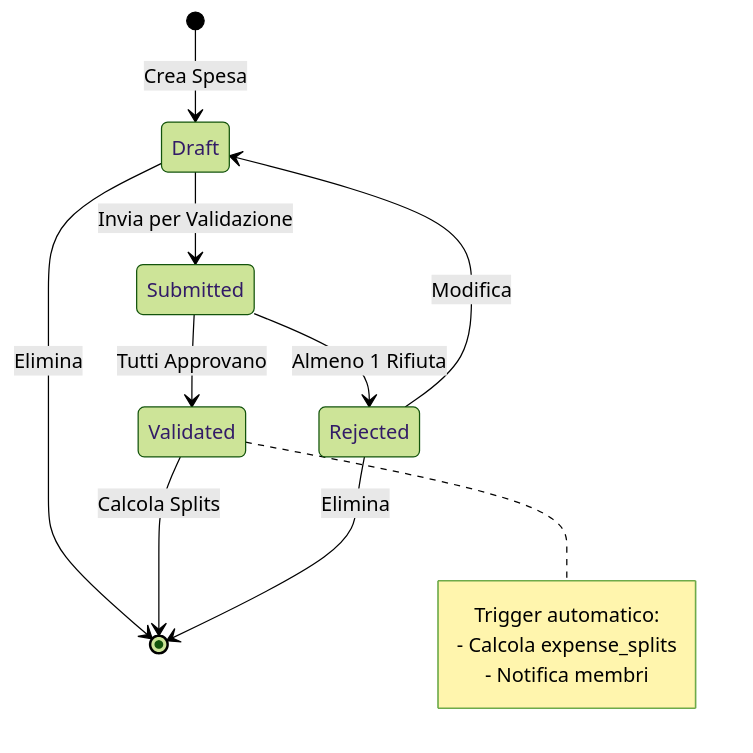
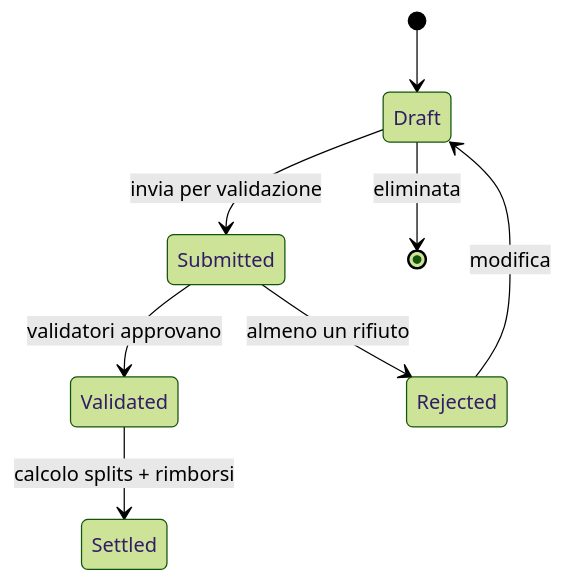
One commit to 20031781/Shared-Expense-Management-App changed the third of 4 diagrams in docs/ARCHITECTURE.md. Above: the diagram before and after it, drawn with Mermaid (forest theme). The commit also changed other lines of this file and 6 other files, not shown here.

````diff
--- a/docs/ARCHITECTURE.md
+++ b/docs/ARCHITECTURE.md
@@ -74,17 +63,10 @@
 ```mermaid
 stateDiagram-v2
-    [*] --> Draft: Crea Spesa
-    Draft --> Submitted: Invia per Validazione
-    Draft --> [*]: Elimina
-    Submitted --> Validated: Tutti Approvano
-    Submitted --> Rejected: Almeno 1 Rifiuta
-    Validated --> [*]: Calcola Splits
-    Rejected --> Draft: Modifica
-    Rejected --> [*]: Elimina
-
-    note right of Validated
-        Trigger automatico:
-        - Calcola expense_splits
-        - Notifica membri
-    end note
+    [*] --> Draft
+    Draft --> Submitted: invia per validazione
+    Draft --> [*]: eliminata
+    Submitted --> Validated: validatori approvano
+    Submitted --> Rejected: almeno un rifiuto
+    Validated --> Settled: calcolo splits + rimborsi
+    Rejected --> Draft: modifica
 ```
````
